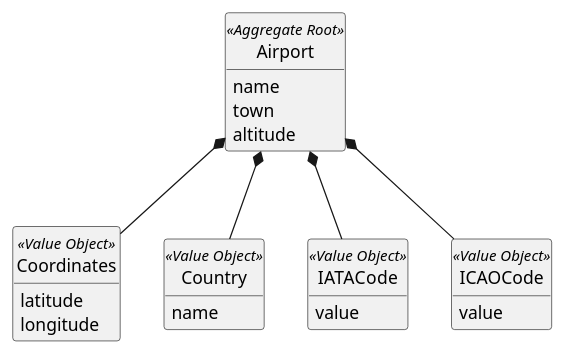
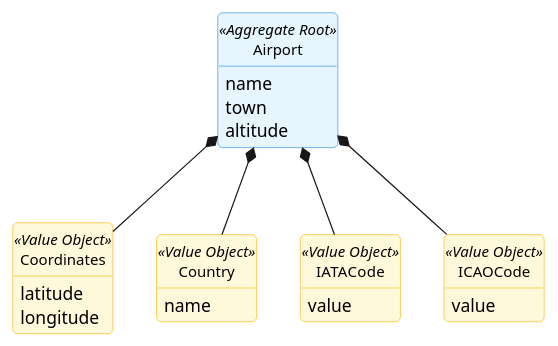
The diagram in docs/global-artifacts/02.analysis/puml/Aggregates/AirportAggregate.puml (GustavoFerreira24/flight-management-platform), drawn with PlantUML before and after one commit. The commit also changed 13 other files, not shown here.

Commit message:
US10(Code) - Refactor aggregate models to enhance visual representation and relationships in UML diagrams [#11][#12][#13][#14]

```diff
--- a/docs/global-artifacts/02.analysis/puml/Aggregates/AirportAggregate.puml
+++ b/docs/global-artifacts/02.analysis/puml/Aggregates/AirportAggregate.puml
@@ -1,38 +1,58 @@
 @startuml
-skinparam monochrome true
-skinparam packageStyle rectangle
-skinparam shadowing false
-skinparam classAttributeIconSize 0
+skinparam {
+    BackgroundColor white
+    RoundCorner 8
+    Shadowing false
+    Handwritten false
+    ClassAttributeIconSize 0
+    PackageStyle frame
+
+    PackageBackgroundColor #F8F9FA
+    PackageBorderColor #ADB5BD
+
+    ClassBackgroundColor white
+    ClassBorderColor #495057
+    ClassFontSize 12
+
+    ClassBackgroundColor<<Aggregate Root>> #E7F5FF
+    ClassBorderColor<<Aggregate Root>> #228BE6
+
+    ClassBackgroundColor<<Value Object>> #FFF9DB
+    ClassBorderColor<<Value Object>> #FAB005
+
+    ClassBackgroundColor<<Entity>> #F3F0FF
+    ClassBorderColor<<Entity>> #7950F2
+}
 hide circle
 hide methods
 
 class Airport <<Aggregate Root>> {
     name
     town
     altitude
 }
 
 class Coordinates <<Value Object>> {
     latitude
     longitude
 }
 
 class Country <<Value Object>> {
     name
 }
 
 class IATACode <<Value Object>> {
     value
 }
 
 class ICAOCode <<Value Object>> {
     value
 }
 
 
 Airport *-- Coordinates
 Airport *-- Country
 Airport *-- IATACode
 Airport *-- ICAOCode
 
 @enduml
```
